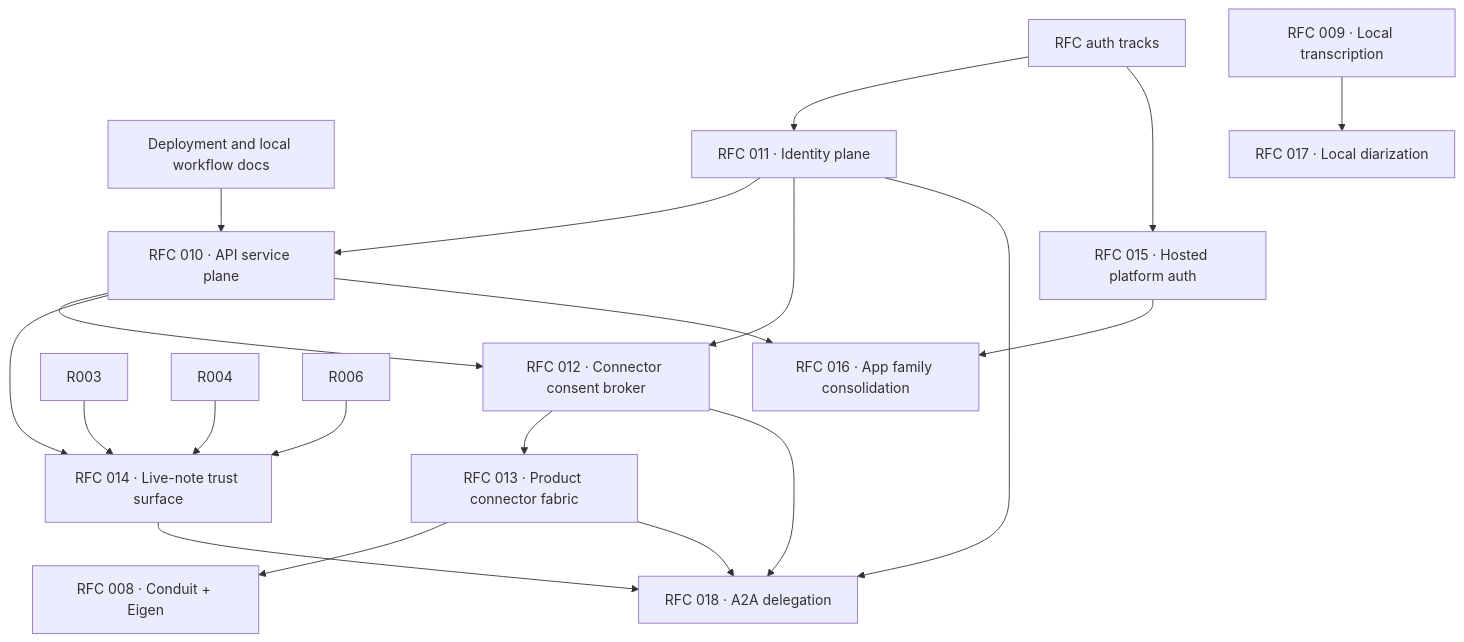
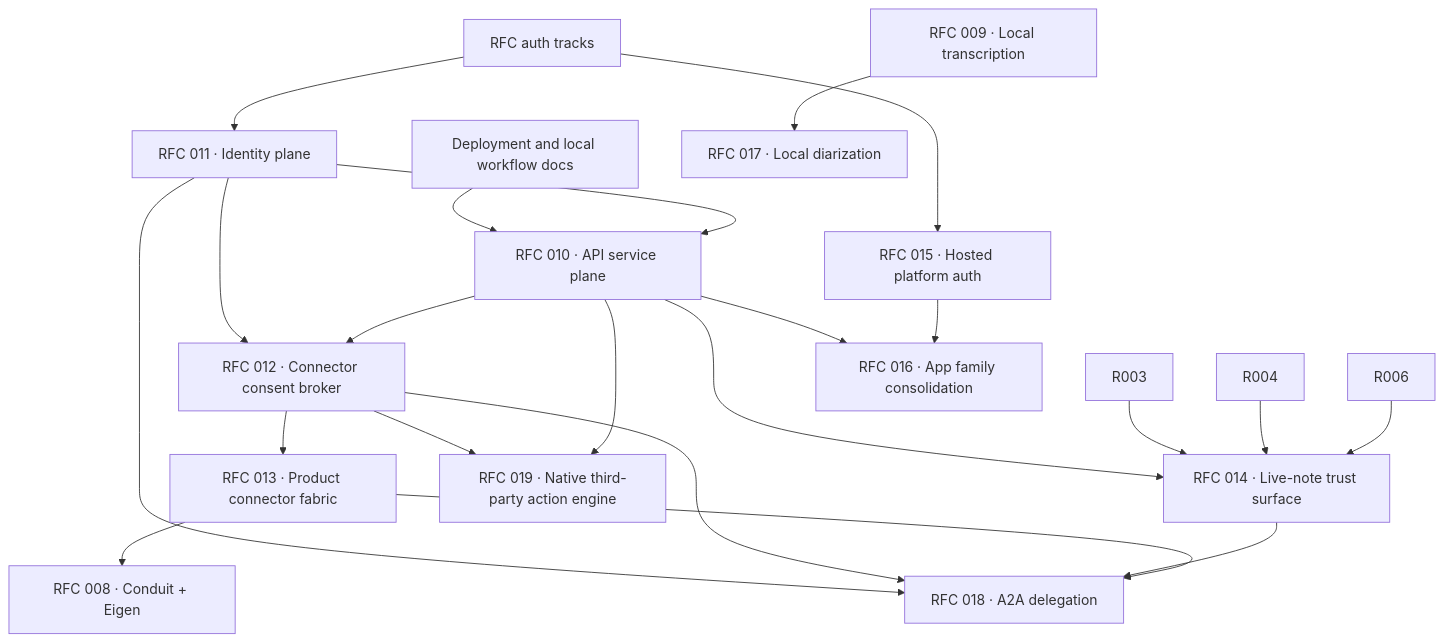
One commit to Oppulence-Engineering/Desktop-Assistant changed the second of 3 diagrams in apps/rfc/README.md. Above: the diagram before and after it, drawn with Mermaid. The commit also changed other lines of this file and 1 other file, not shown here.

First line of the commit message:
docs(rfc): add RFC 019 — native third-party tool & connector engine

````diff
--- a/apps/rfc/README.md
+++ b/apps/rfc/README.md
@@ -92,26 +93,29 @@
 ```mermaid
 flowchart TD
     OPS[Deployment and local workflow docs] --> R010[RFC 010 · API service plane]
     AUTH[RFC auth tracks] --> R011[RFC 011 · Identity plane]
     AUTH --> R015[RFC 015 · Hosted platform auth]
 
     R011 --> R010
     R011 --> R012[RFC 012 · Connector consent broker]
     R010 --> R012
     R012 --> R013[RFC 013 · Product connector fabric]
     R013 --> R008X[RFC 008 · Conduit + Eigen]
 
     R010 --> R014[RFC 014 · Live-note trust surface]
     R003 --> R014
     R004 --> R014
     R006 --> R014
 
     R010 --> R016[RFC 016 · App family consolidation]
     R015 --> R016
     R009[RFC 009 · Local transcription] --> R017[RFC 017 · Local diarization]
 
     R011 --> R018[RFC 018 · A2A delegation]
     R012 --> R018
     R014 --> R018
     R013 --> R018
+
+    R012 --> R019[RFC 019 · Native third-party action engine]
+    R010 --> R019
 ```
````
